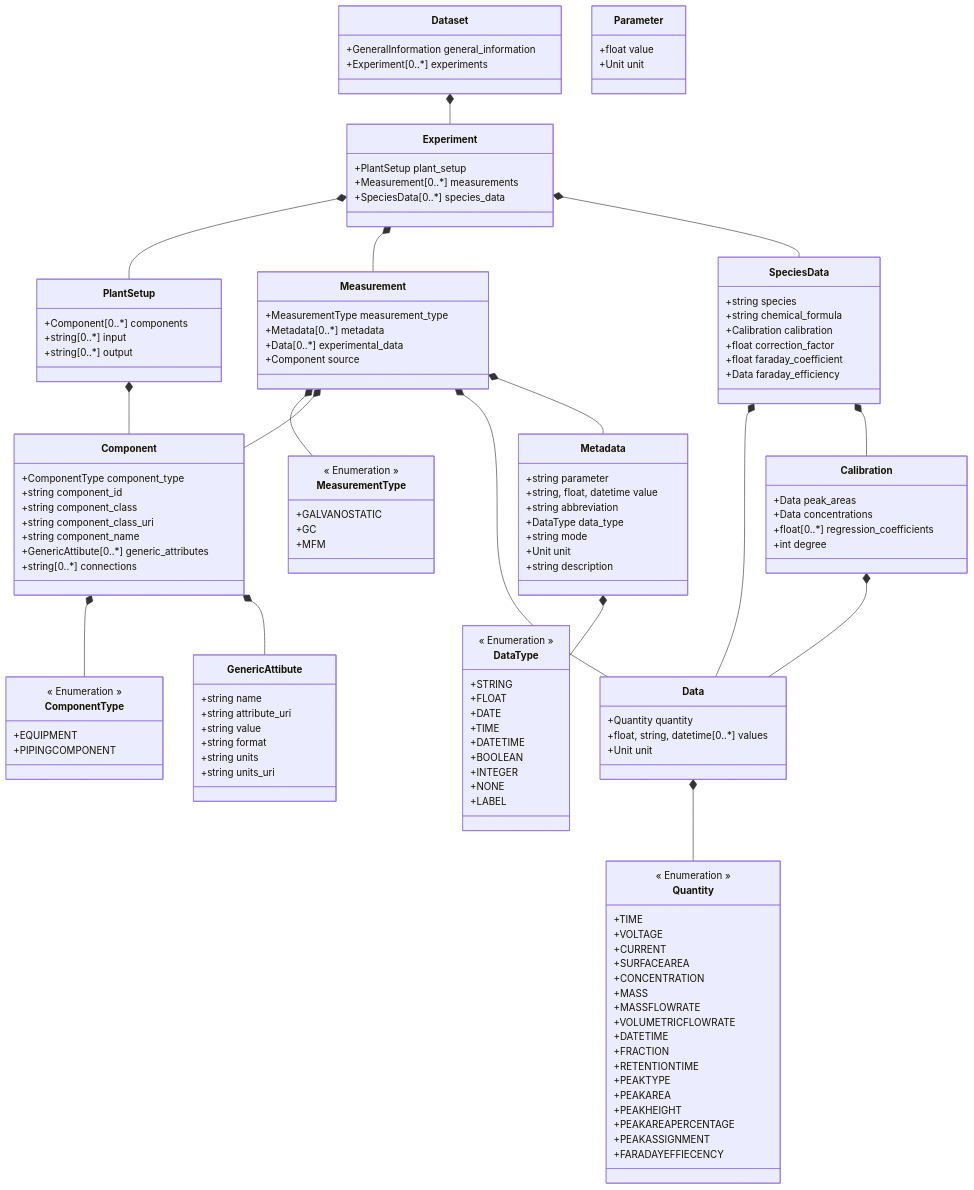
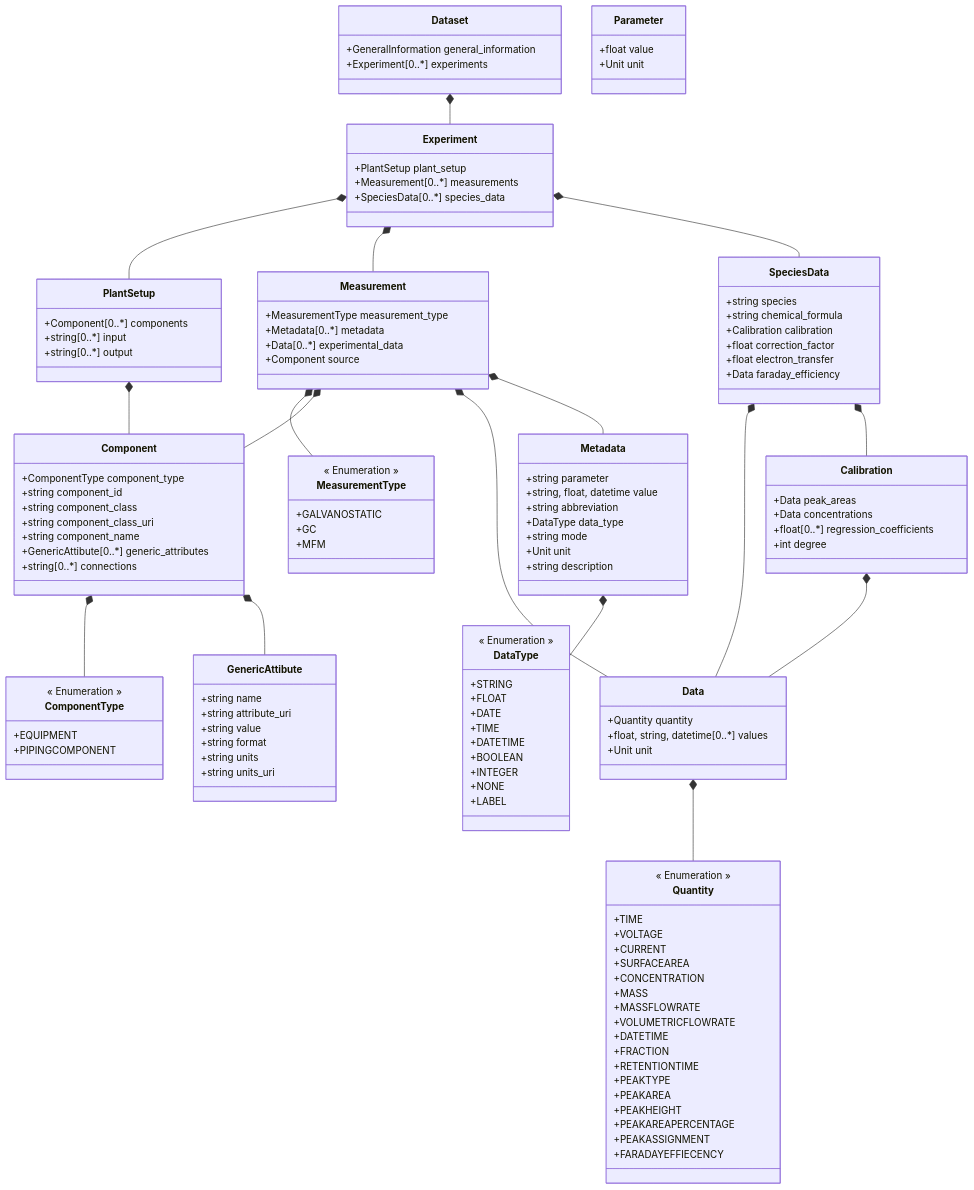
One commit to FAIRChemistry/FAIRFlow changed the diagram in fairflowchemistry_schema.md. Above: the diagram before and after it, drawn with Mermaid. The commit also changed 13 other files, not shown here.

```diff
--- a/fairflowchemistry_schema.md
+++ b/fairflowchemistry_schema.md
@@ -46,7 +46,7 @@
         +string chemical_formula
         +Calibration calibration
         +float correction_factor
-        +float faraday_coefficient
+        +float electron_transfer
         +Data faraday_efficiency
     }
     
```
